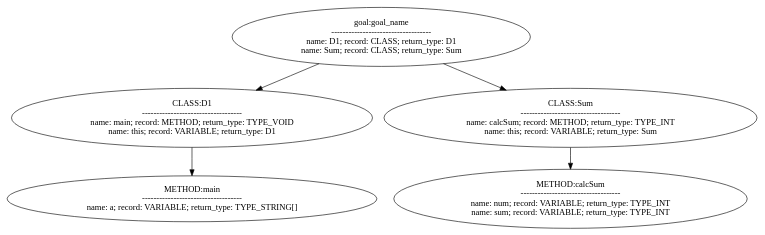
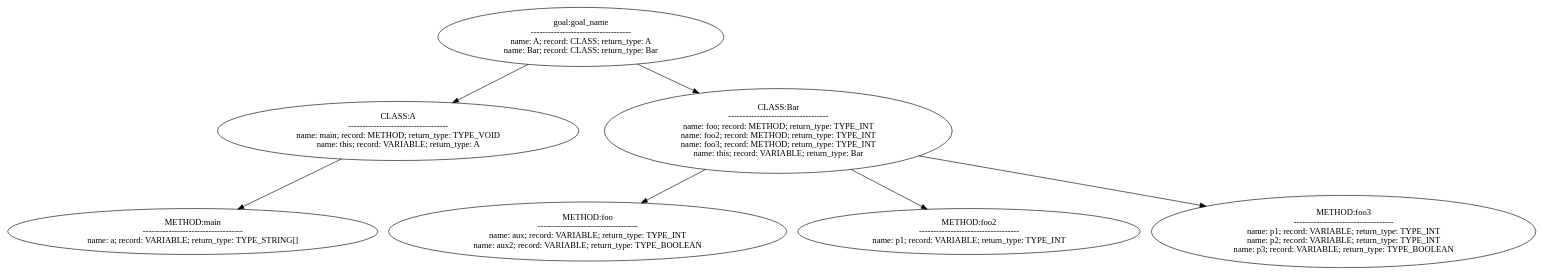
One commit to icetenny/bth-compiler-design changed the diagram in assignment3/st.dot. Above: the diagram before and after it, drawn with Graphviz. The commit also changed 6 other files, not shown here.

```diff
--- a/assignment3/st.dot
+++ b/assignment3/st.dot
@@ -1,30 +1,44 @@
 digraph {
 n0 [label="goal:goal_name
  -----------------------------------
-name: D1; record: CLASS; return_type: D1
-name: Sum; record: CLASS; return_type: Sum
+name: A; record: CLASS; return_type: A
+name: Bar; record: CLASS; return_type: Bar
 "];
-n1 [label="CLASS:D1
+n1 [label="CLASS:A
  -----------------------------------
 name: main; record: METHOD; return_type: TYPE_VOID
-name: this; record: VARIABLE; return_type: D1
+name: this; record: VARIABLE; return_type: A
 "];
 n2 [label="METHOD:main
  -----------------------------------
 name: a; record: VARIABLE; return_type: TYPE_STRING[]
 "];
 n1 -> n2
 n0 -> n1
-n3 [label="CLASS:Sum
+n3 [label="CLASS:Bar
  -----------------------------------
-name: calcSum; record: METHOD; return_type: TYPE_INT
-name: this; record: VARIABLE; return_type: Sum
+name: foo; record: METHOD; return_type: TYPE_INT
+name: foo2; record: METHOD; return_type: TYPE_INT
+name: foo3; record: METHOD; return_type: TYPE_INT
+name: this; record: VARIABLE; return_type: Bar
 "];
-n4 [label="METHOD:calcSum
+n4 [label="METHOD:foo
  -----------------------------------
-name: num; record: VARIABLE; return_type: TYPE_INT
-name: sum; record: VARIABLE; return_type: TYPE_INT
+name: aux; record: VARIABLE; return_type: TYPE_INT
+name: aux2; record: VARIABLE; return_type: TYPE_BOOLEAN
 "];
 n3 -> n4
+n5 [label="METHOD:foo2
+ -----------------------------------
+name: p1; record: VARIABLE; return_type: TYPE_INT
+"];
+n3 -> n5
+n6 [label="METHOD:foo3
+ -----------------------------------
+name: p1; record: VARIABLE; return_type: TYPE_INT
+name: p2; record: VARIABLE; return_type: TYPE_INT
+name: p3; record: VARIABLE; return_type: TYPE_BOOLEAN
+"];
+n3 -> n6
 n0 -> n3
 }
```
